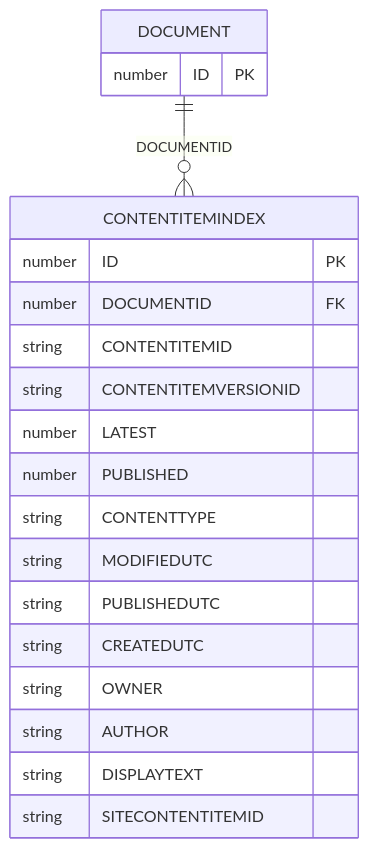
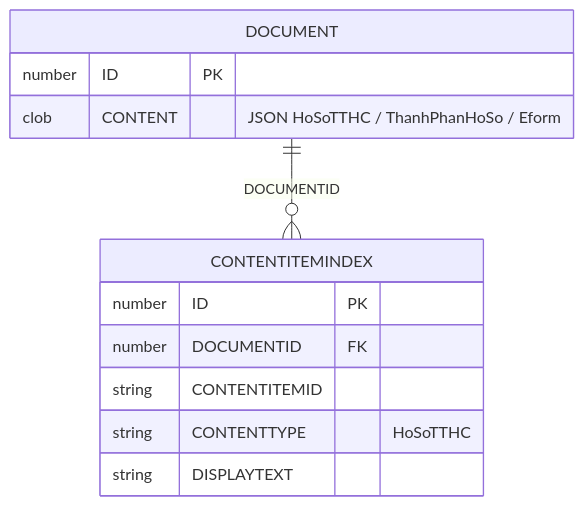
The first of 2 diagrams in DataModel/working/Atomic/hld/TTHC_HLD_Tier2.md (linhlvit/ubck_atomic_design), drawn with Mermaid before and after one commit. The commit also changed other lines of this file and 25 other files, not shown here.

````diff
--- a/DataModel/working/Atomic/hld/TTHC_HLD_Tier2.md
+++ b/DataModel/working/Atomic/hld/TTHC_HLD_Tier2.md
@@ -20,25 +23,17 @@
 ```mermaid
 erDiagram
     DOCUMENT {
         number ID PK
+        clob CONTENT "JSON HoSoTTHC / ThanhPhanHoSo / Eform"
     }
 
     CONTENTITEMINDEX {
         number ID PK
         number DOCUMENTID FK
         string CONTENTITEMID
-        string CONTENTITEMVERSIONID
-        number LATEST
-        number PUBLISHED
-        string CONTENTTYPE
-        string MODIFIEDUTC
-        string PUBLISHEDUTC
-        string CREATEDUTC
-        string OWNER
-        string AUTHOR
+        string CONTENTTYPE "HoSoTTHC"
         string DISPLAYTEXT
-        string SITECONTENTITEMID
     }
 
     DOCUMENT ||--o{ CONTENTITEMINDEX : "DOCUMENTID"
 ```
````
